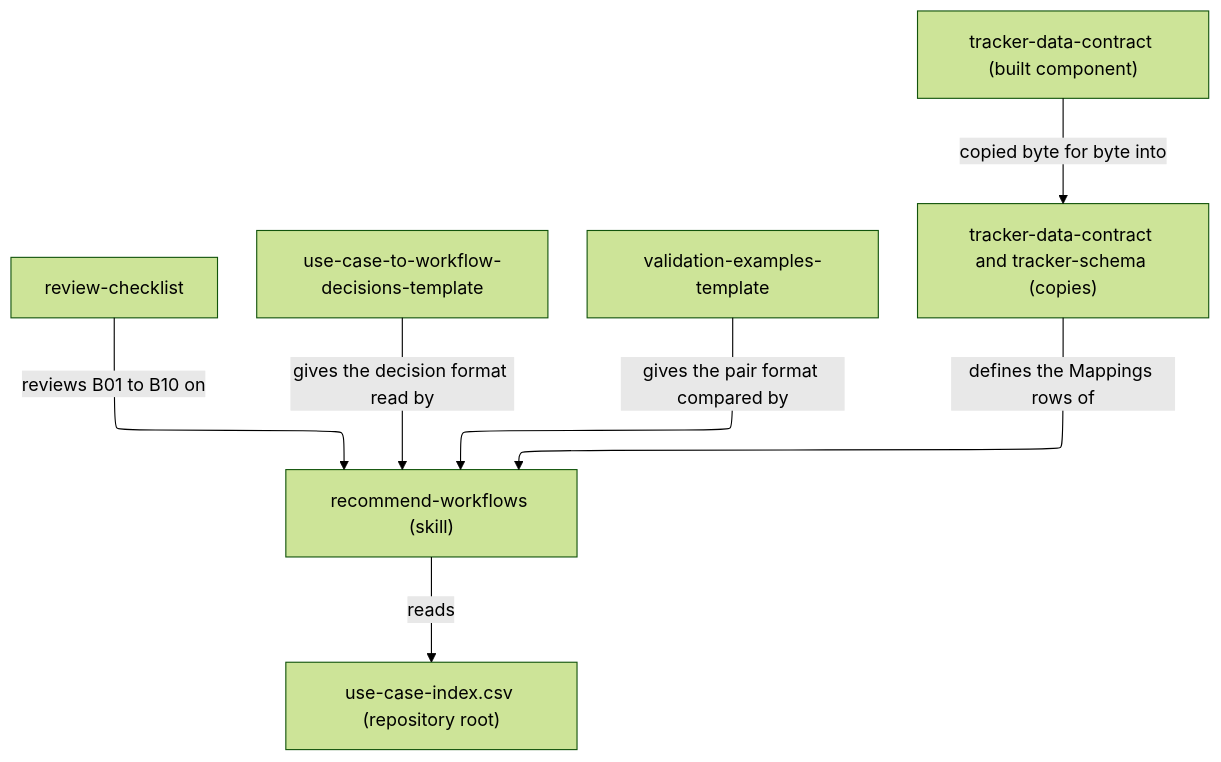
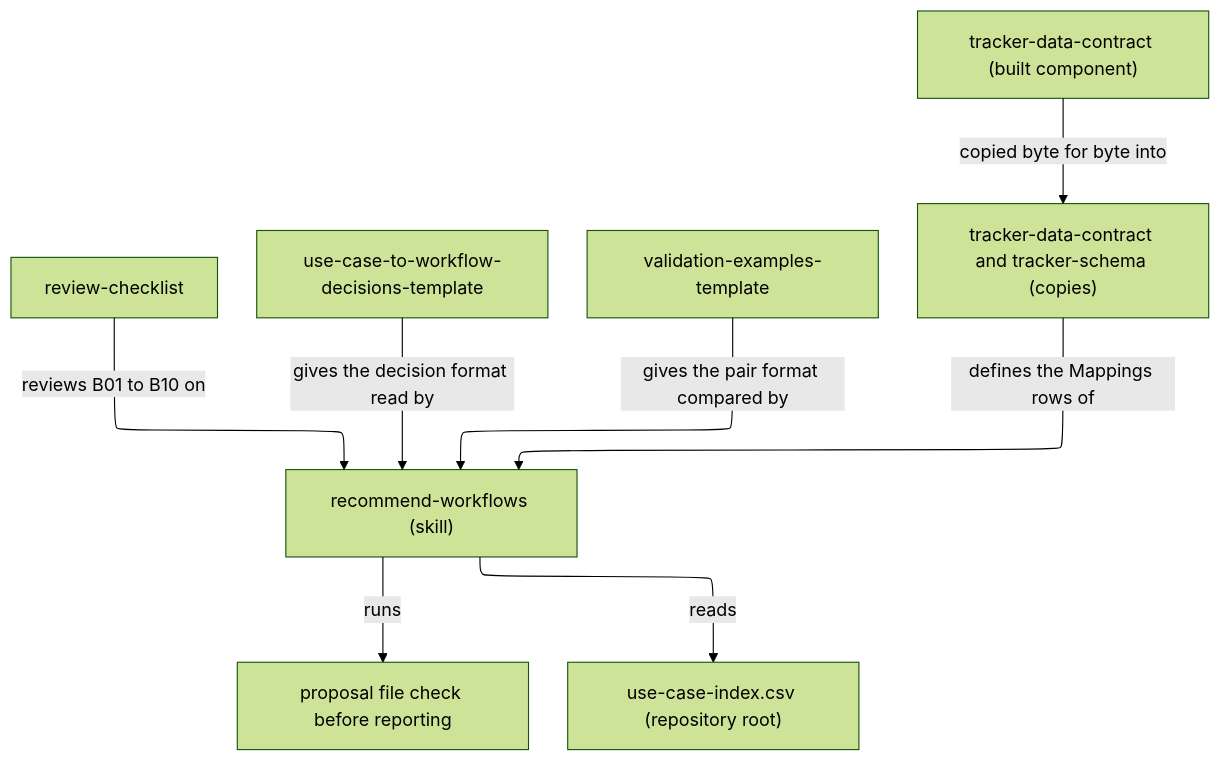
Before and after one commit to vrparthasarathy/migration-job-discovery: the diagram in workflow-recommender/README.md, drawn with Mermaid (forest theme). The commit also changed other lines of this file and 45 other files, not shown here.

````diff
--- a/workflow-recommender/README.md
+++ b/workflow-recommender/README.md
@@ -44,27 +35,29 @@
 ```mermaid
 ---
 config:
   layout: elk
 ---
 %%{init: {"securityLevel": "loose"}}%%
 flowchart TB
   chk["review-checklist"]
   skill["recommend-workflows (skill)"]
+  selfcheck["proposal file check before reporting"]
   dec["use-case-to-workflow-decisions-template"]
   val["validation-examples-template"]
   copy["tracker-data-contract and tracker-schema (copies)"]
   idx["use-case-index.csv (repository root)"]
   contract["tracker-data-contract (built component)"]
   click chk "review-checklist.md"
   click skill "recommend-workflows/SKILL.md"
   click dec "recommend-workflows/use-case-to-workflow-decisions-template.md"
   click val "recommend-workflows/validation-examples-template.md"
   click copy "recommend-workflows/tracker-data-contract.md"
   click contract "../tracker-data-contract/README.md"
   contract -->|"copied byte for byte into"| copy
   copy -->|"defines the Mappings rows of"| skill
   dec -->|"gives the decision format read by"| skill
   val -->|"gives the pair format compared by"| skill
   skill -->|"reads"| idx
+  skill -->|"runs"| selfcheck
   chk -->|"reviews B01 to B10 on"| skill
 ```
````
